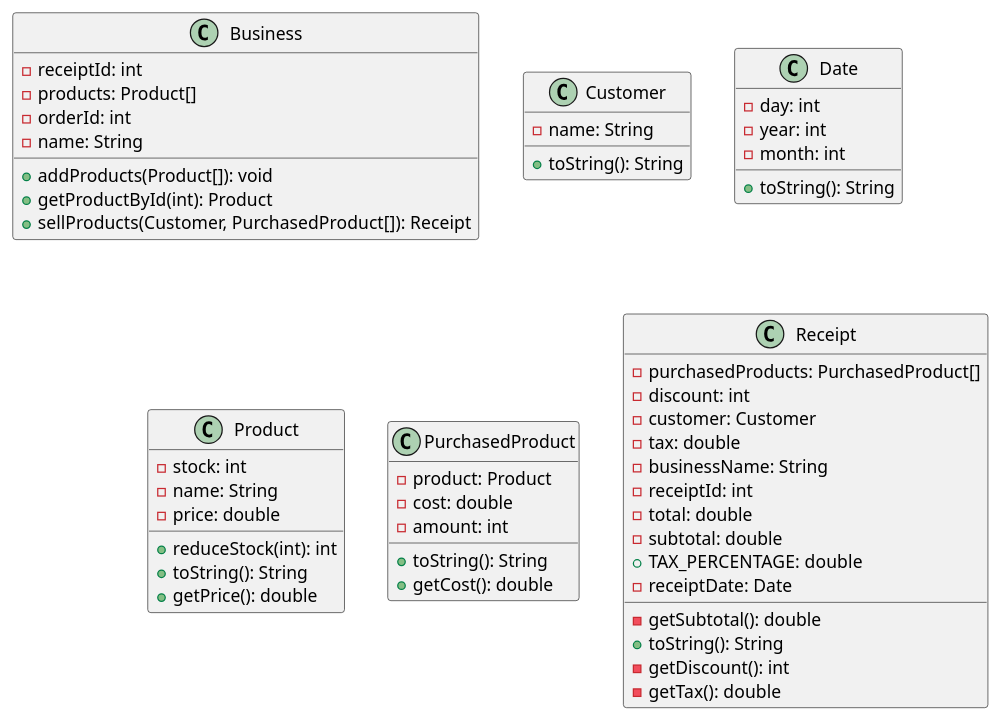
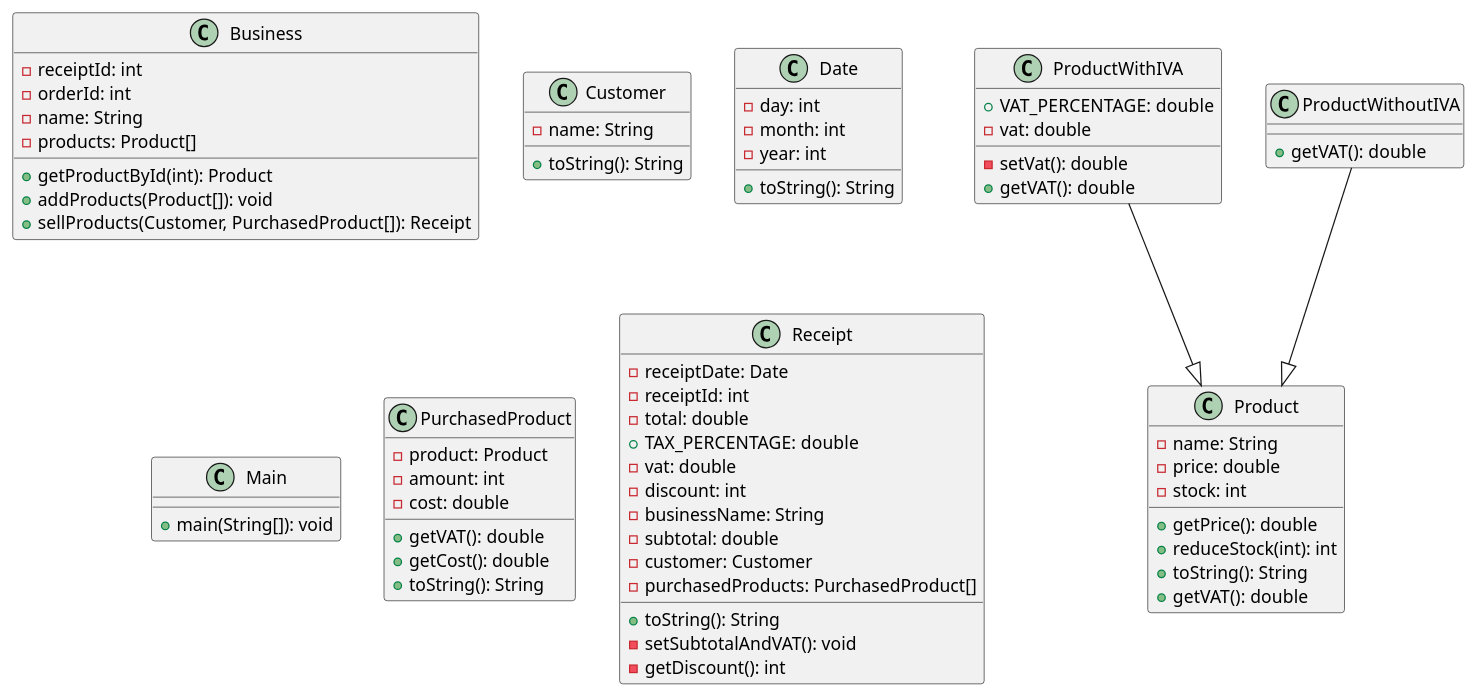
Before and after one commit to wesdell/business_design: the diagram in src/Business.puml, drawn with PlantUML.

Commit message:
Update Business design

```diff
--- a/src/Business.puml
+++ b/src/Business.puml
@@ -1,52 +1,68 @@
 @startuml
 class Business {
   - receiptId: int
-  - products: Product[]
   - orderId: int
   - name: String
+  - products: Product[]
+  + getProductById(int): Product
   + addProducts(Product[]): void
-  + getProductById(int): Product
   + sellProducts(Customer, PurchasedProduct[]): Receipt
 }
 class Customer {
   - name: String
   + toString(): String
 }
 class Date {
   - day: int
+  - month: int
   - year: int
-  - month: int
   + toString(): String
 }
+class Main {
+  + main(String[]): void
+}
 class Product {
-  - stock: int
   - name: String
   - price: double
+  - stock: int
+  + getPrice(): double
   + reduceStock(int): int
   + toString(): String
-  + getPrice(): double
+  + getVAT(): double
+}
+class ProductWithIVA {
+  + VAT_PERCENTAGE: double
+  - vat: double
+  - setVat(): double
+  + getVAT(): double
+}
+class ProductWithoutIVA {
+  + getVAT(): double
 }
 class PurchasedProduct {
   - product: Product
+  - amount: int
   - cost: double
-  - amount: int
+  + getVAT(): double
+  + getCost(): double
   + toString(): String
-  + getCost(): double
 }
 class Receipt {
-  - purchasedProducts: PurchasedProduct[]
-  - discount: int
-  - customer: Customer
-  - tax: double
-  - businessName: String
+  - receiptDate: Date
   - receiptId: int
   - total: double
+  + TAX_PERCENTAGE: double
+  - vat: double
+  - discount: int
+  - businessName: String
   - subtotal: double
-  + TAX_PERCENTAGE: double
-  - receiptDate: Date
-  - getSubtotal(): double
+  - customer: Customer
+  - purchasedProducts: PurchasedProduct[]
   + toString(): String
+  - setSubtotalAndVAT(): void
   - getDiscount(): int
-  - getTax(): double
 }
+
+ProductWithIVA     --|>  Product
+ProductWithoutIVA  --|>  Product
 @enduml
```
